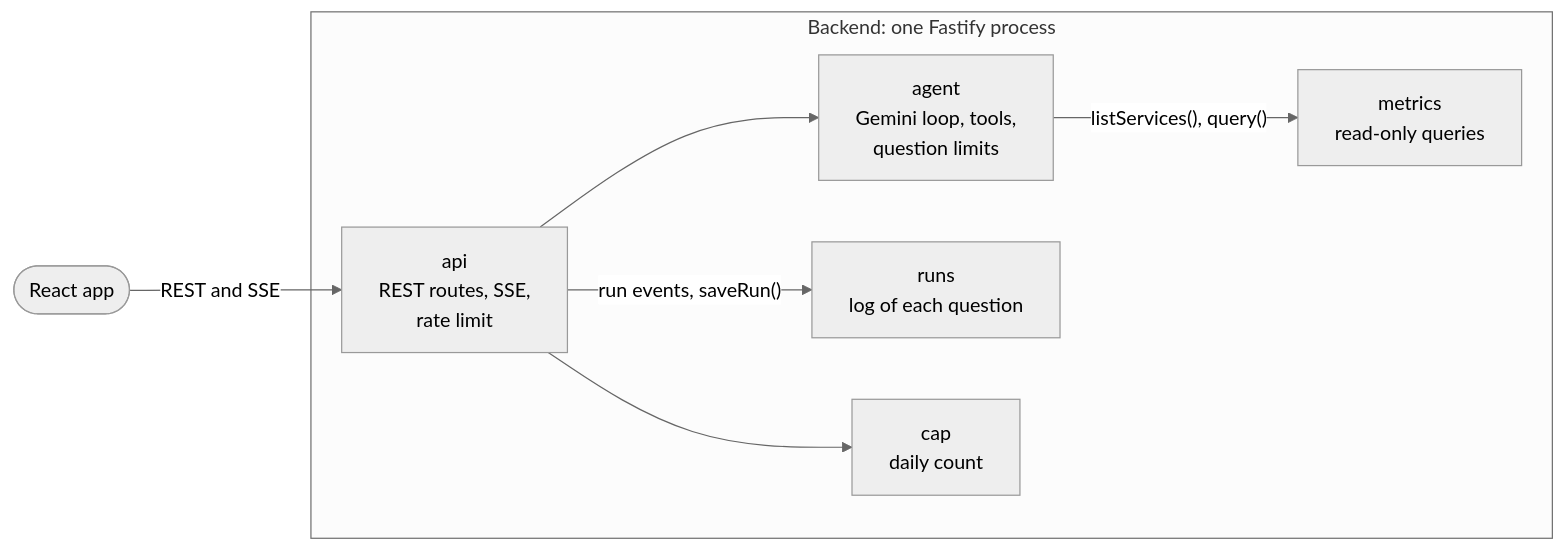
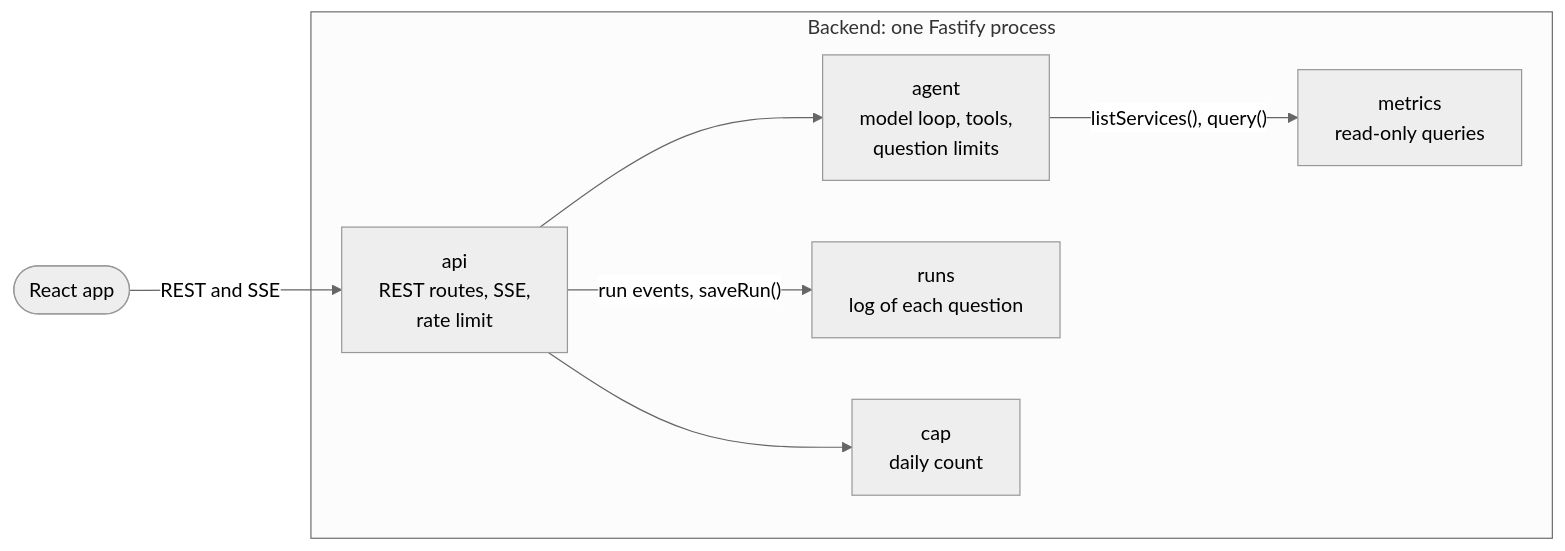
Before and after one commit to vovadyach/dashgen: the third of 8 diagrams in docs/design.md, drawn with Mermaid (neutral theme). The commit also changed other lines of this file and 46 other files, not shown here.

Commit message:
feat: AI_MODEL picks Gemini or Claude Haiku 5.5, with a Claude adapter on Anthropic's SDK

````diff
--- a/docs/design.md
+++ b/docs/design.md
@@ -157,18 +157,18 @@
 ```mermaid
 flowchart LR
     page(["React app"])
 
     subgraph backend ["Backend: one Fastify process"]
         api["api<br/>REST routes, SSE,<br/>rate limit"]
-        agent["agent<br/>Gemini loop, tools,<br/>question limits"]
+        agent["agent<br/>model loop, tools,<br/>question limits"]
         metrics["metrics<br/>read-only queries"]
         runs["runs<br/>log of each question"]
         cap["cap<br/>daily count"]
     end
 
     page -->|"REST and SSE"| api
     api --> agent
     api -->|"run events, saveRun()"| runs
     agent -->|"listServices(), query()"| metrics
     api --> cap
 ```
````
